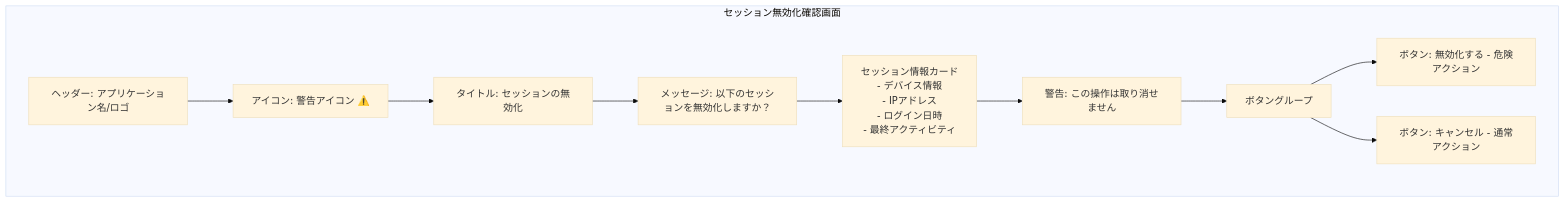
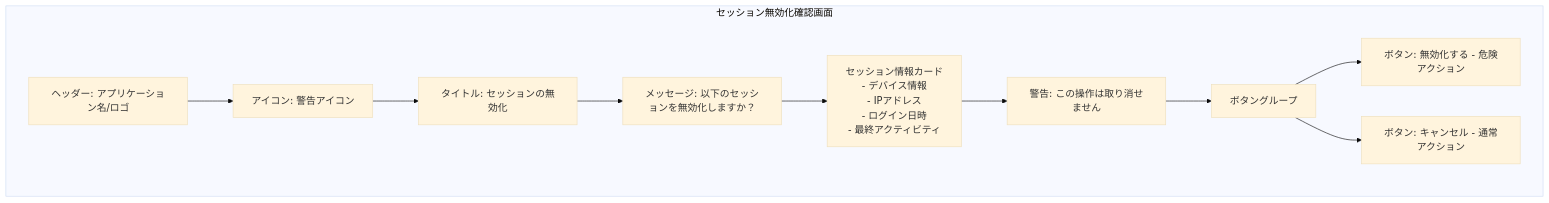
Diagram 14 of 14 in docs/einja/example/specs/issues/issue999-example-task/design.md (einja-inc/einja-management-template), drawn with Mermaid (base theme) before and after one commit. The commit also changed other lines of this file and 7 other files, not shown here.

````diff
--- a/docs/einja/example/specs/issues/issue999-example-task/design.md
+++ b/docs/einja/example/specs/issues/issue999-example-task/design.md
@@ -418,23 +879,23 @@
 ```mermaid
 graph TB
     subgraph "セッション無効化確認画面"
         Header[ヘッダー: アプリケーション名/ロゴ]
-        WarningIcon[アイコン: 警告アイコン ⚠️]
+        WarningIcon[アイコン: 警告アイコン]
         Title[タイトル: セッションの無効化]
         Message[メッセージ: 以下のセッションを無効化しますか？]
         SessionInfo[セッション情報カード<br/>- デバイス情報<br/>- IPアドレス<br/>- ログイン日時<br/>- 最終アクティビティ]
         WarningNote[警告: この操作は取り消せません]
         ButtonGroup[ボタングループ]
         RevokeBtn[ボタン: 無効化する - 危険アクション]
         CancelBtn[ボタン: キャンセル - 通常アクション]
 
         Header --> WarningIcon
         WarningIcon --> Title
         Title --> Message
         Message --> SessionInfo
         SessionInfo --> WarningNote
         WarningNote --> ButtonGroup
         ButtonGroup --> RevokeBtn
         ButtonGroup --> CancelBtn
     end
 ```
````
